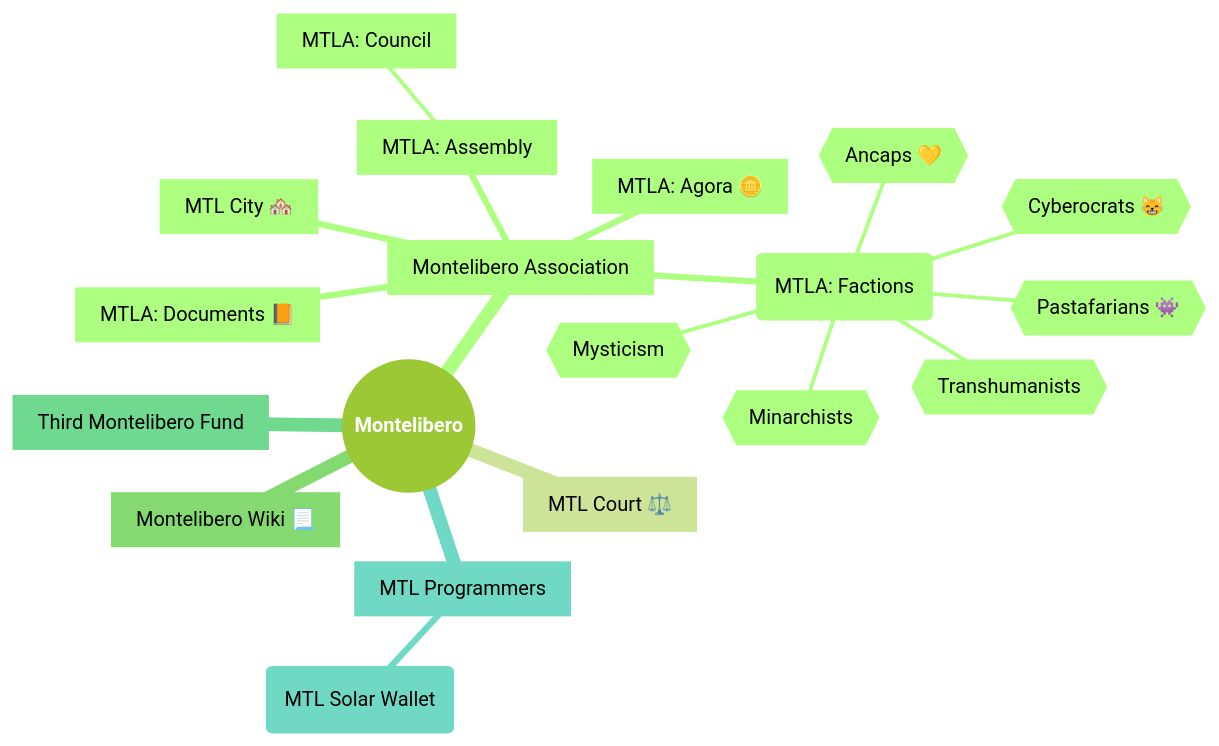
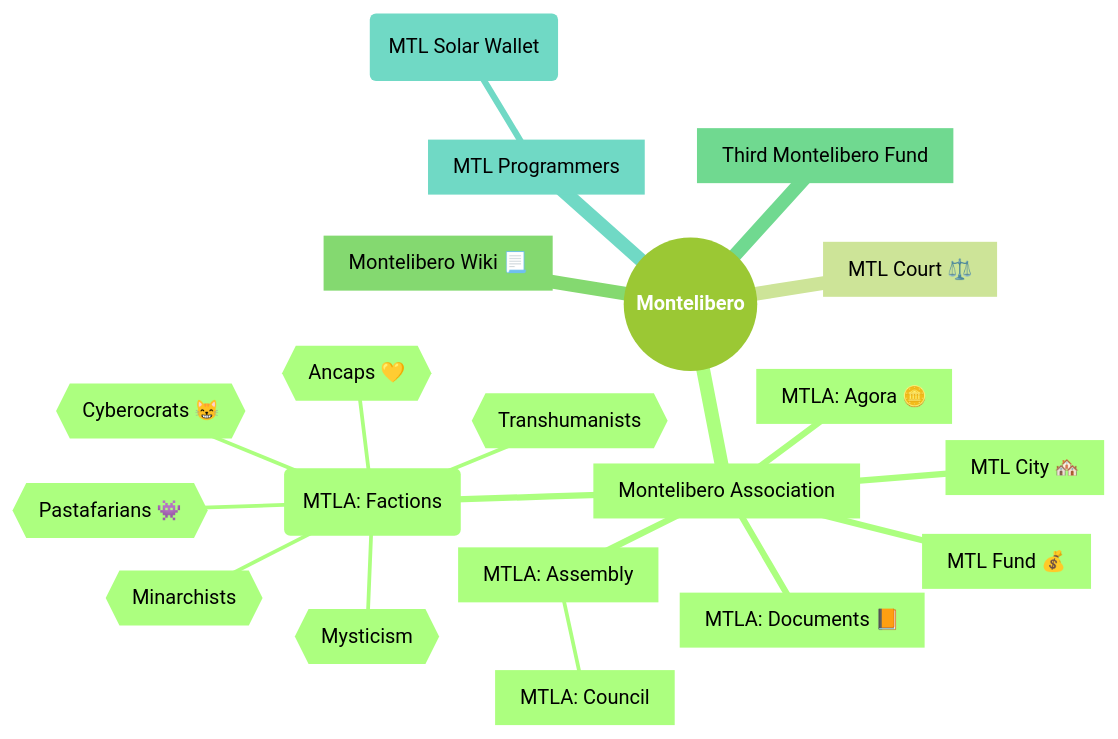
One commit to sondreb/playground changed the diagram in Montelibero.md. Above: the diagram before and after it, drawn with Mermaid (forest theme).

Commit message:
Re-add fund that disappeared during edit

````diff
--- a/Montelibero.md
+++ b/Montelibero.md
@@ -10,22 +10,23 @@
 ```mermaid
 mindmap
   root(("`**Montelibero**`"))
     id[Montelibero Association]
         id[MTL City 🏘️]
+        id[MTL Fund 💰]
         id[MTLA: Assembly]
             id[MTLA: Council]
         id[MTLA: Agora 🪙]
         id[MTLA: Documents 📙]
         id(MTLA: Factions)
             id{{Ancaps 💛}}
             id{{Minarchists}}
             id{{Cyberocrats 😸}}
             id{{Pastafarians 👾}}
             id{{Mysticism}}
             id{{Transhumanists}}
     id[MTL Court ⚖️]
     id[Montelibero Wiki 📃]
     id[Third Montelibero Fund]
     id[MTL Programmers]
         id(MTL Solar Wallet)
 ```
````
